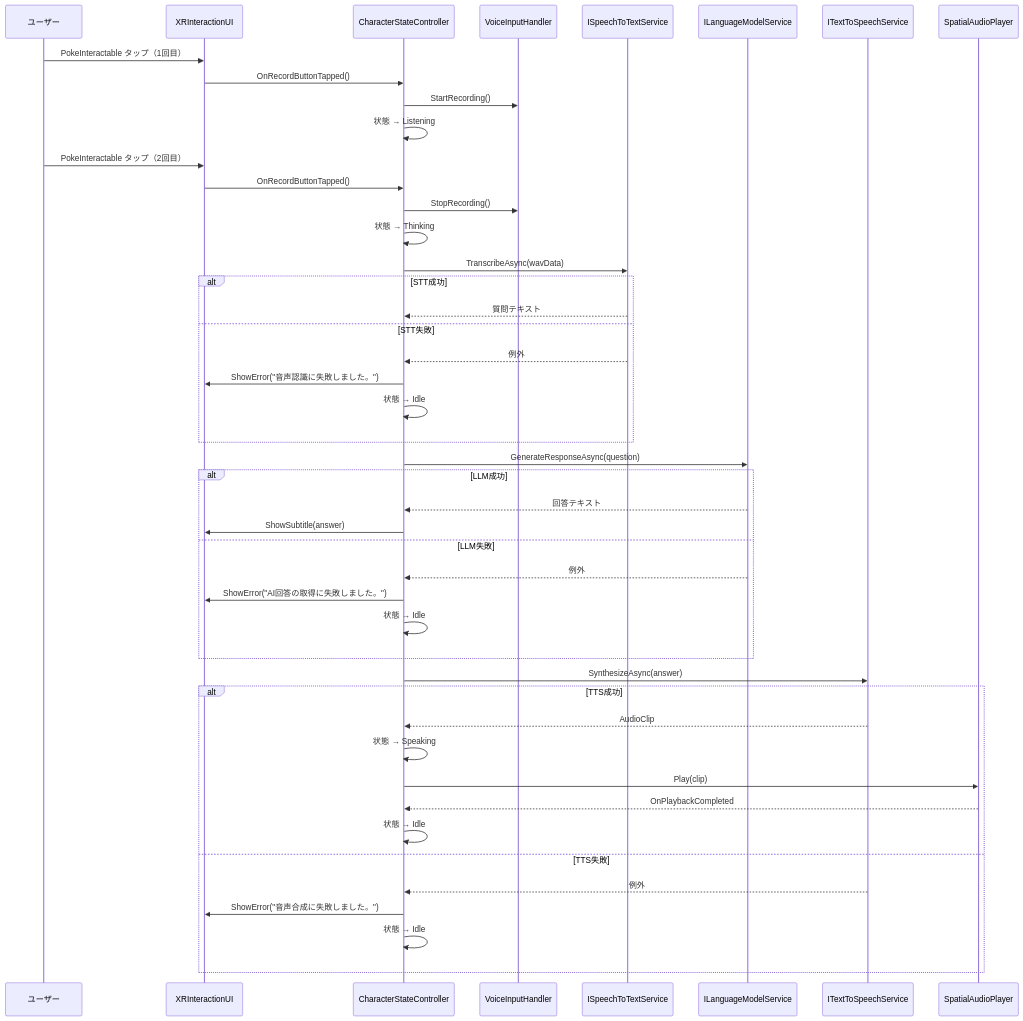
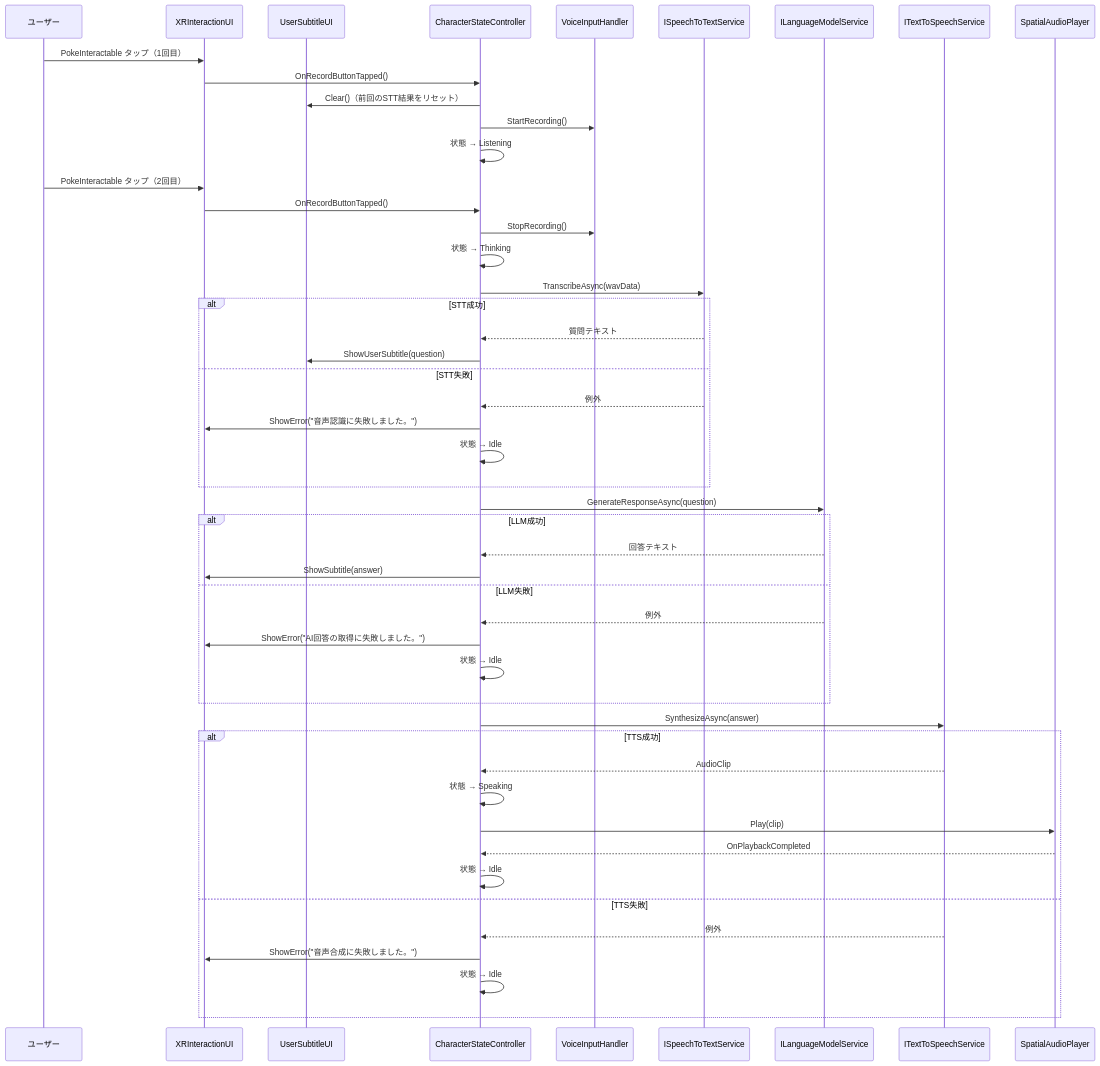
The third of 5 diagrams in prototype_design.md (ken00012/MRCharBase), drawn with Mermaid before and after one commit. The commit also changed other lines of this file and 4 other files, not shown here.

````diff
--- a/prototype_design.md
+++ b/prototype_design.md
@@ -113,53 +116,56 @@
 ```mermaid
 sequenceDiagram
     participant U as ユーザー
     participant UI as XRInteractionUI
+    participant USUI as UserSubtitleUI
     participant CSC as CharacterStateController
     participant VIH as VoiceInputHandler
     participant STT as ISpeechToTextService
     participant LLM as ILanguageModelService
     participant TTS as ITextToSpeechService
     participant SAP as SpatialAudioPlayer
 
     U->>UI: PokeInteractable タップ（1回目）
     UI->>CSC: OnRecordButtonTapped()
+    CSC->>USUI: Clear()（前回のSTT結果をリセット）
     CSC->>VIH: StartRecording()
     CSC->>CSC: 状態 → Listening
 
     U->>UI: PokeInteractable タップ（2回目）
     UI->>CSC: OnRecordButtonTapped()
     CSC->>VIH: StopRecording()
     CSC->>CSC: 状態 → Thinking
 
     CSC->>STT: TranscribeAsync(wavData)
     alt STT成功
         STT-->>CSC: 質問テキスト
+        CSC->>USUI: ShowUserSubtitle(question)
     else STT失敗
         STT-->>CSC: 例外
         CSC->>UI: ShowError("音声認識に失敗しました。")
         CSC->>CSC: 状態 → Idle
     end
 
     CSC->>LLM: GenerateResponseAsync(question)
     alt LLM成功
         LLM-->>CSC: 回答テキスト
         CSC->>UI: ShowSubtitle(answer)
     else LLM失敗
         LLM-->>CSC: 例外
         CSC->>UI: ShowError("AI回答の取得に失敗しました。")
         CSC->>CSC: 状態 → Idle
     end
 
     CSC->>TTS: SynthesizeAsync(answer)
     alt TTS成功
         TTS-->>CSC: AudioClip
         CSC->>CSC: 状態 → Speaking
         CSC->>SAP: Play(clip)
         SAP-->>CSC: OnPlaybackCompleted
         CSC->>CSC: 状態 → Idle
     else TTS失敗
         TTS-->>CSC: 例外
         CSC->>UI: ShowError("音声合成に失敗しました。")
         CSC->>CSC: 状態 → Idle
     end
 ```
````
